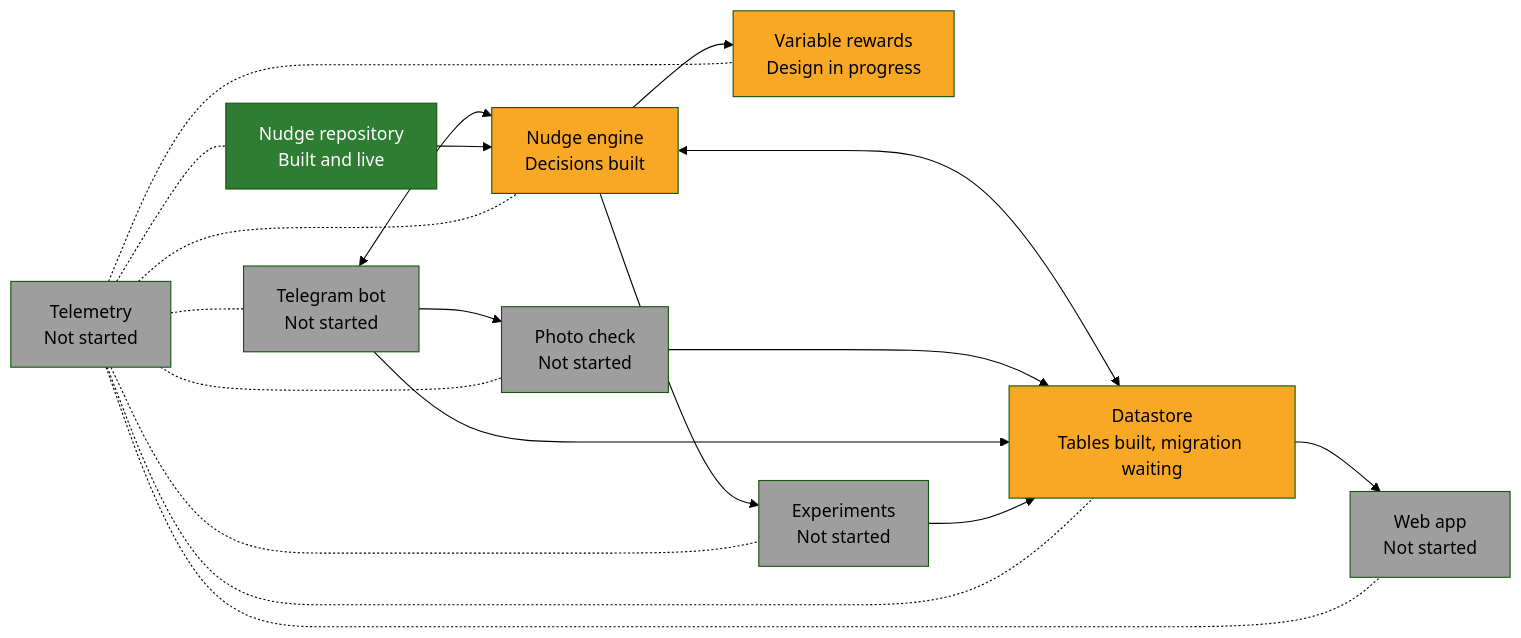
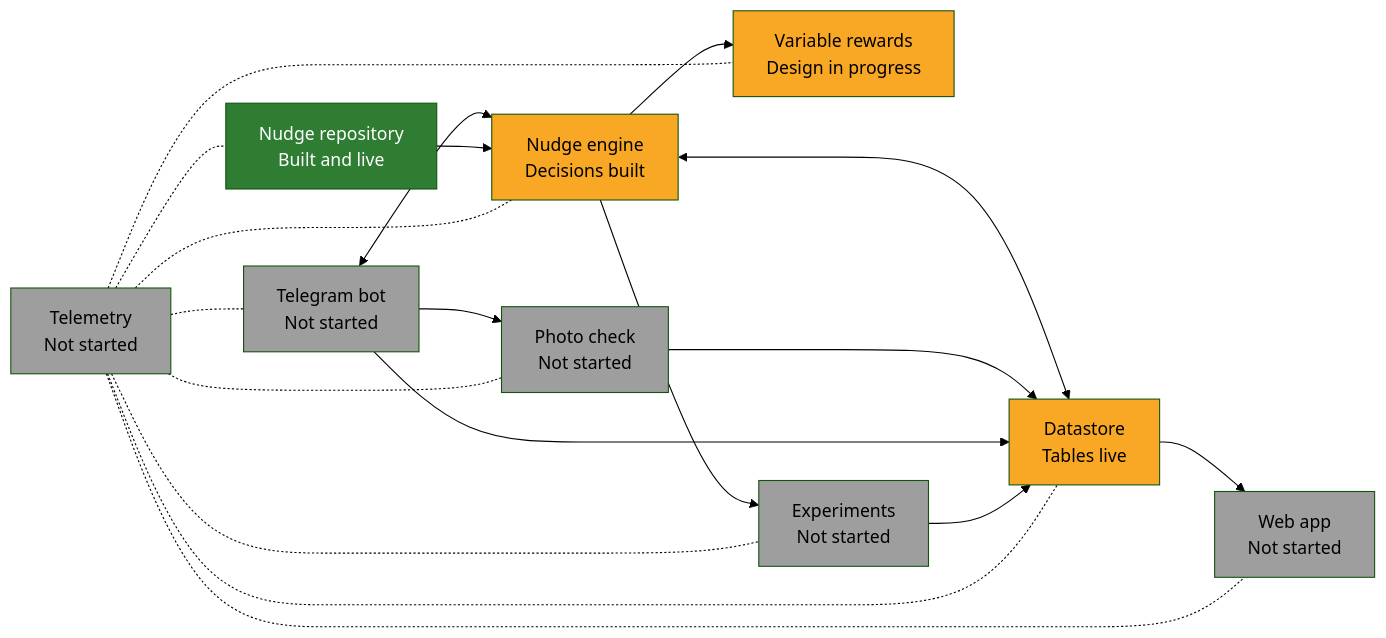
Before and after one commit to WeiLieh/FamilyHabitBuilder: the diagram in docs/ARCHITECTURE.md, drawn with Mermaid (forest theme). The commit also changed 6 other files, not shown here.

````diff
--- a/docs/ARCHITECTURE.md
+++ b/docs/ARCHITECTURE.md
@@ -5,35 +5,35 @@
 ```mermaid
 flowchart LR
     telegram["Telegram bot<br/>Not started"]:::todo
     engine["Nudge engine<br/>Decisions built"]:::part
     repository["Nudge repository<br/>Built and live"]:::done
     photo["Photo check<br/>Not started"]:::todo
     rewards["Variable rewards<br/>Design in progress"]:::part
-    datastore["Datastore<br/>Tables built, migration waiting"]:::part
+    datastore["Datastore<br/>Tables live"]:::part
     webapp["Web app<br/>Not started"]:::todo
     telemetry["Telemetry<br/>Not started"]:::todo
     experiments["Experiments<br/>Not started"]:::todo
 
     telegram <--> engine
     repository --> engine
     engine --> rewards
     engine <--> datastore
     telegram --> photo
     photo --> datastore
     telegram --> datastore
     datastore --> webapp
     engine --> experiments
     experiments --> datastore
     telemetry -.- telegram
     telemetry -.- engine
     telemetry -.- repository
     telemetry -.- photo
     telemetry -.- rewards
     telemetry -.- datastore
     telemetry -.- webapp
     telemetry -.- experiments
 
     classDef done fill:#2e7d32,color:#ffffff
     classDef part fill:#f9a825,color:#000000
     classDef todo fill:#9e9e9e,color:#000000
 ```
````
